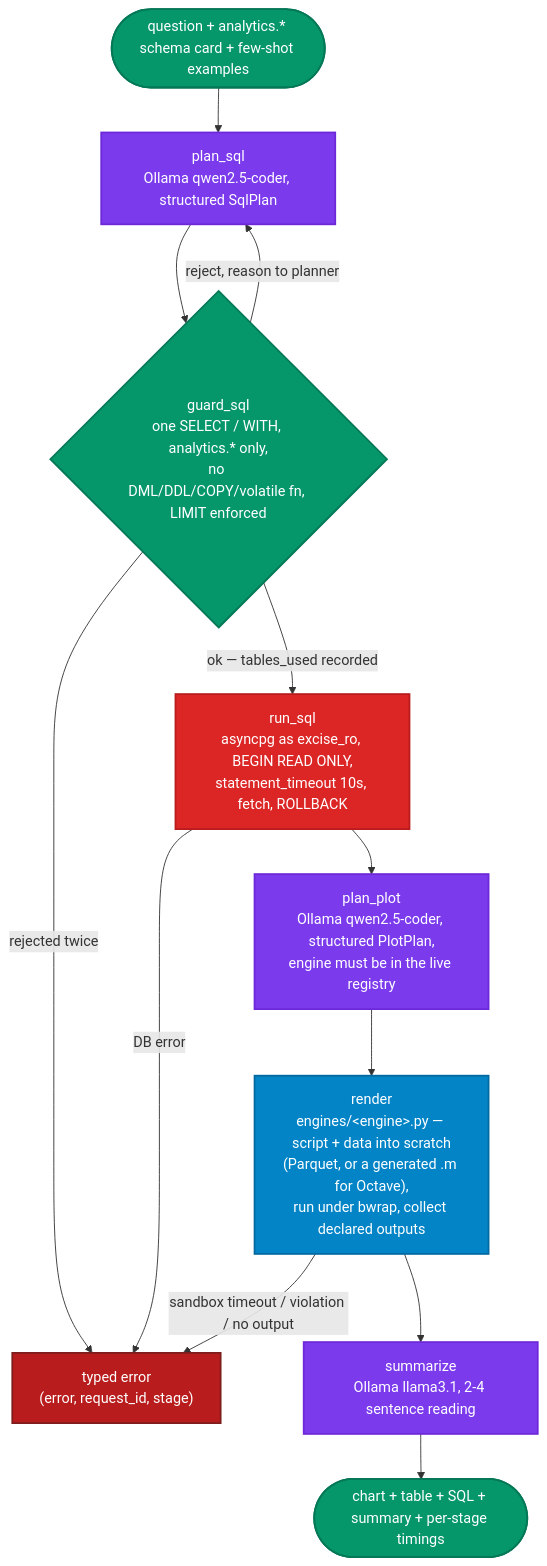
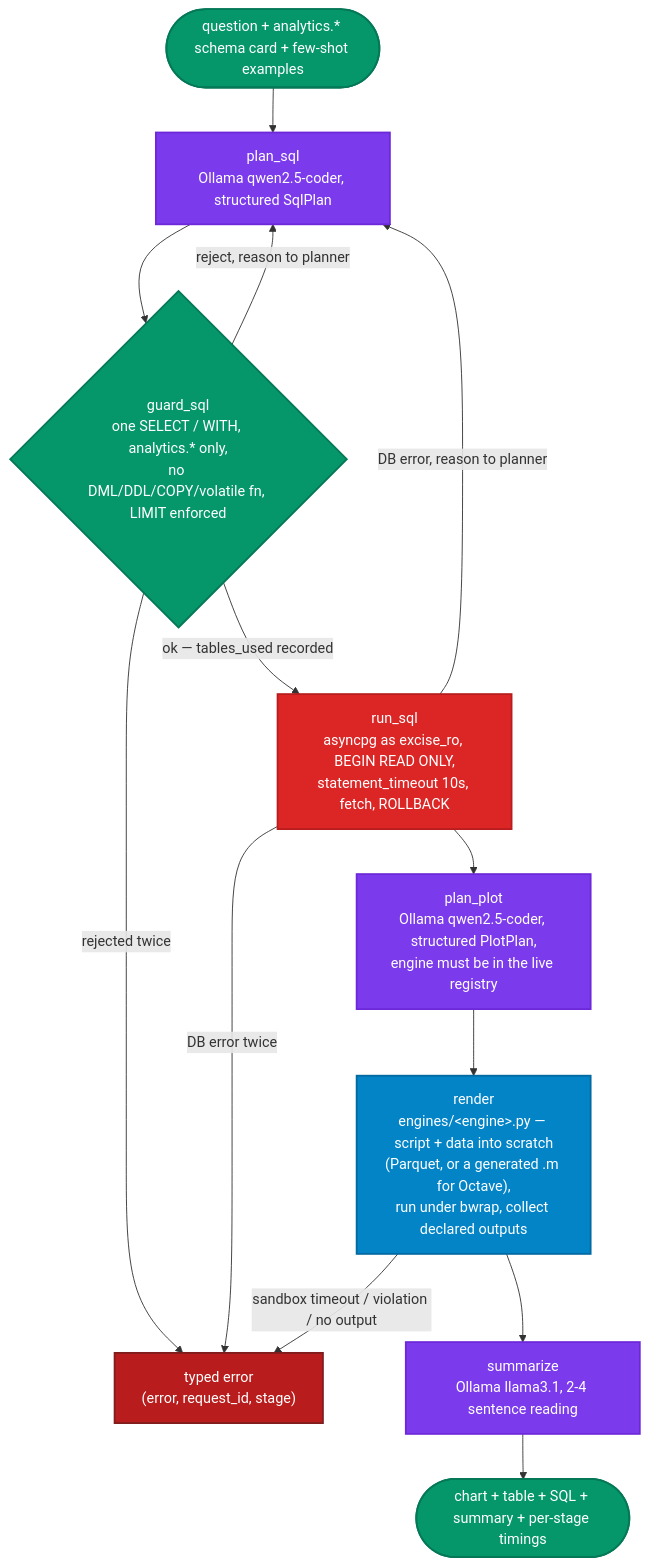
One commit to SubhanRaj/excise-mcp-dashboard changed the first of 3 diagrams in MCP_ENGINES.md. Above: the diagram before and after it, drawn with Mermaid. The commit also changed other lines of this file and 9 other files, not shown here.

````diff
--- a/MCP_ENGINES.md
+++ b/MCP_ENGINES.md
@@ -117,27 +117,28 @@
 ```mermaid
 flowchart TD
     classDef app fill:#059669,stroke:#047857,stroke-width:2px,color:#fff
     classDef ai fill:#7c3aed,stroke:#6d28d9,stroke-width:2px,color:#fff
     classDef viz fill:#0284c7,stroke:#0369a1,stroke-width:2px,color:#fff
     classDef db fill:#dc2626,stroke:#b91c1c,stroke-width:2px,color:#fff
     classDef err fill:#b91c1c,stroke:#7f1d1d,stroke-width:2px,color:#fff
 
     Q(["question + analytics.* schema card + few-shot examples"]):::app
     P1["plan_sql<br/>Ollama qwen2.5-coder, structured SqlPlan"]:::ai
     G{"guard_sql<br/>one SELECT / WITH, analytics.* only,<br/>no DML/DDL/COPY/volatile fn, LIMIT enforced"}:::app
     RS["run_sql<br/>asyncpg as excise_ro, BEGIN READ ONLY,<br/>statement_timeout 10s, fetch, ROLLBACK"]:::db
     P2["plan_plot<br/>Ollama qwen2.5-coder, structured PlotPlan,<br/>engine must be in the live registry"]:::ai
     R["render<br/>engines/&lt;engine&gt;.py — script + data into scratch<br/>(Parquet, or a generated .m for Octave),<br/>run under bwrap, collect declared outputs"]:::viz
     S["summarize<br/>Ollama llama3.1, 2-4 sentence reading"]:::ai
     Out(["chart + table + SQL + summary + per-stage timings"]):::app
     Err["typed error<br/>(error, request_id, stage)"]:::err
 
     Q --> P1 --> G
     G -->|reject, reason to planner| P1
     G -->|rejected twice| Err
     G -->|ok — tables_used recorded| RS
-    RS -->|DB error| Err
+    RS -->|DB error, reason to planner| P1
+    RS -->|DB error twice| Err
     RS --> P2 --> R
     R -->|sandbox timeout / violation / no output| Err
     R --> S --> Out
 ```
````
